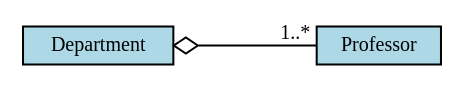
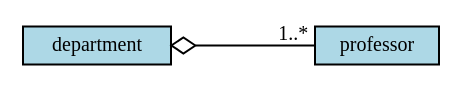
One commit to DaveParillo/cisc187-reader changed the sixth of 8 diagrams in src/class-III-design/uml.rst. Above: the diagram before and after it, drawn with Graphviz. The commit also changed other lines of this file and 8 other files, not shown here.

Commit message:
update design chapter and diagrams.

```diff
--- a/src/class-III-design/uml.rst
+++ b/src/class-III-design/uml.rst
@@ -314,24 +386,26 @@
-   .. graphviz:: 
-      :alt: aggregation
+.. graphviz:: 
+   :alt: aggregation
+   :align: right
+   :caption: Aggregation
 
-      digraph "aggregation"
-      {
-        edge [fontname="BitstreamVeraSans",
-              fontsize="10",
-              labelfontname="BitstreamVeraSans",
-              labelfontsize="10",
-              arrowtail="odiamond",
-              dir="back",
-              minlen=4,
-              style="solid",
-              color="black"];
-        node [fontname="BitstreamVeraSans",
-              fontsize="10",
-              height=0.2,
-              width=0.4,
-              color="black",
-              fillcolor="lightblue",
-              shape=box,
-              style="filled"];
-        Department -> Professor [constraint=false, headlabel="1..* "];
-      }
+   digraph "aggregation"
+   {
+     edge [fontname="BitstreamVeraSans",
+           fontsize="10",
+           labelfontname="BitstreamVeraSans",
+           labelfontsize="10",
+           arrowtail="odiamond",
+           dir="back",
+           minlen=4,
+           style="solid",
+           color="black"];
+     node [fontname="BitstreamVeraSans",
+           fontsize="10",
+           height=0.2,
+           width=0.4,
+           color="black",
+           fillcolor="lightblue",
+           shape=box,
+           style="filled"];
+     department -> professor [constraint=false, headlabel="1..* "];
+   }
```
